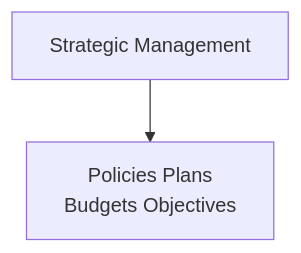
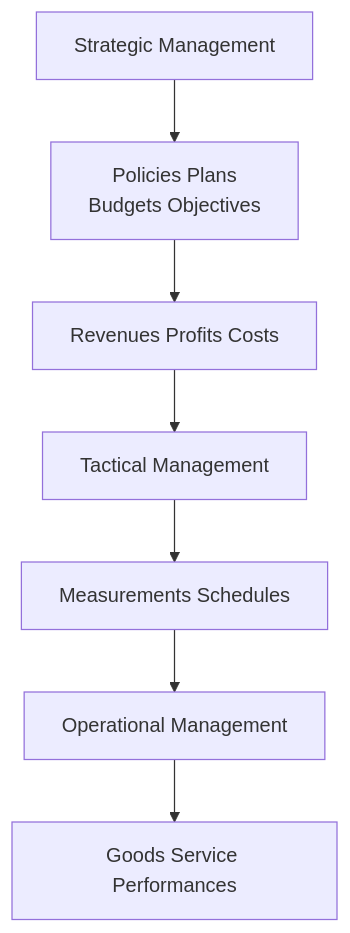
Before and after one commit to waraunika/Note-7thsem: the diagram in Organization and Management/Chapter 5 Management Information System.md, drawn with Mermaid. The commit also changed other lines of this file and 3 other files, not shown here.

````diff
--- a/Organization and Management/Chapter 5 Management Information System.md
+++ b/Organization and Management/Chapter 5 Management Information System.md
@@ -51,6 +57,10 @@
 ```mermaid
 flowchart TD
     A[Strategic Management] --> B[Policies Plans
     Budgets Objectives]
-
+		B --> C[Revenues Profits Costs]
+		C --> D[Tactical Management]
+		D --> E[Measurements Schedules]
+		E --> F[Operational Management]
+		F --> G[Goods Service Performances]
 ```
````
